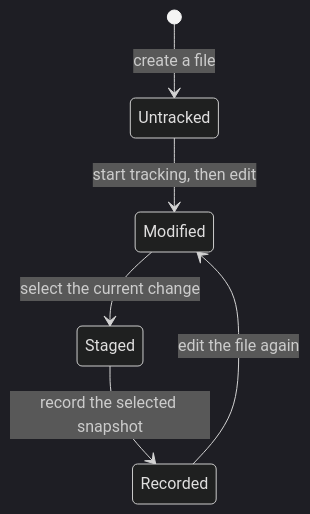
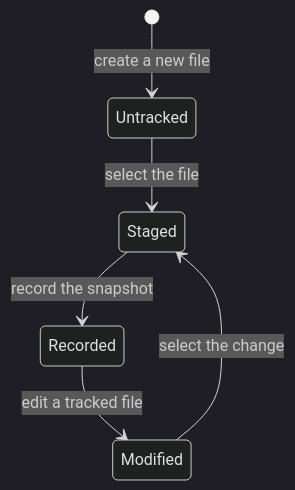
One commit to fdeniz07/GitHub-DevOps-Learning-Path changed the second of 4 diagrams in notebooks/en/02-git-architecture.md. Above: the diagram before and after it, drawn with Mermaid (dark theme). The commit also changed other lines of this file, not shown here.

````diff
--- a/notebooks/en/02-git-architecture.md
+++ b/notebooks/en/02-git-architecture.md
@@ -95,8 +95,8 @@
 ```mermaid
 stateDiagram-v2
-    [*] --> Untracked: create a file
-    Untracked --> Modified: start tracking, then edit
-    Modified --> Staged: select the current change
-    Staged --> Recorded: record the selected snapshot
-    Recorded --> Modified: edit the file again
+    [*] --> Untracked: create a new file
+    Untracked --> Staged: select the file
+    Staged --> Recorded: record the snapshot
+    Recorded --> Modified: edit a tracked file
+    Modified --> Staged: select the change
 ```
````
